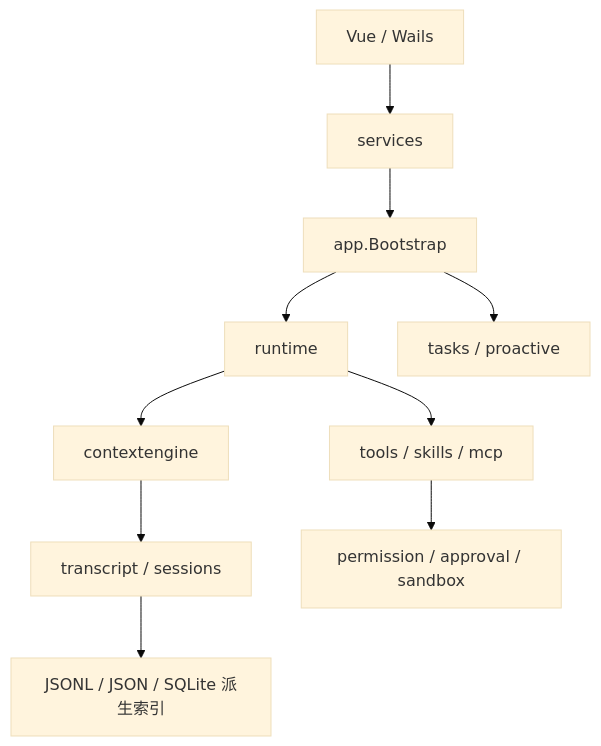
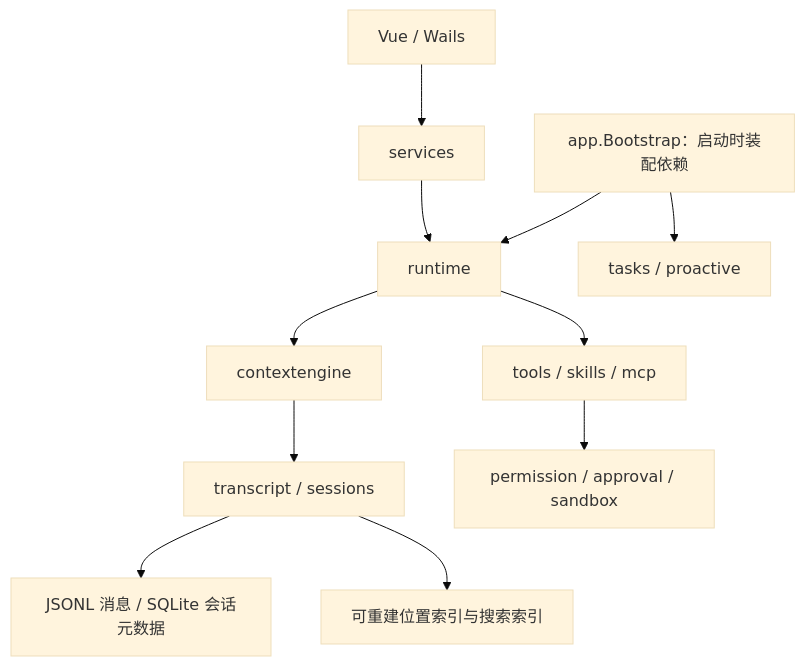
The diagram in docs/architecture/README.md (sda1-hacker/humbert-agent), drawn with Mermaid (base theme) before and after one commit. The commit also changed other lines of this file and 251 other files, not shown here.

````diff
--- a/docs/architecture/README.md
+++ b/docs/architecture/README.md
@@ -5,12 +11,13 @@
 ```mermaid
 flowchart TD
+  APP[app.Bootstrap：启动时装配依赖] --> RT[runtime]
   UI[Vue / Wails] --> SV[services]
-  SV --> APP[app.Bootstrap]
-  APP --> RT[runtime]
+  SV --> RT
   RT --> CX[contextengine]
   CX --> TR[transcript / sessions]
   RT --> TL[tools / skills / mcp]
   TL --> SEC[permission / approval / sandbox]
   APP --> TASK[tasks / proactive]
-  TR --> DATA[JSONL / JSON / SQLite 派生索引]
+  TR --> DATA[JSONL 消息 / SQLite 会话元数据]
+  TR --> INDEX[可重建位置索引与搜索索引]
 ```
````
